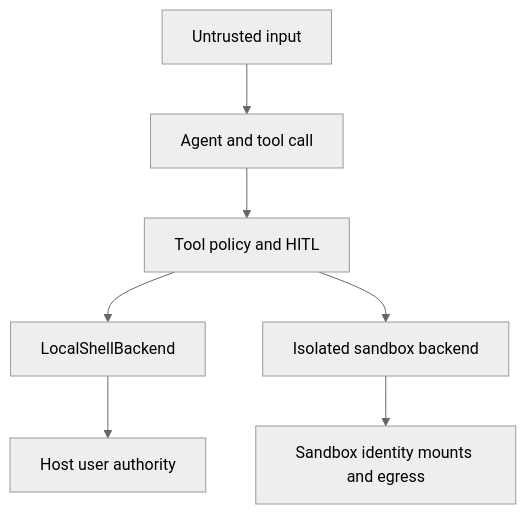
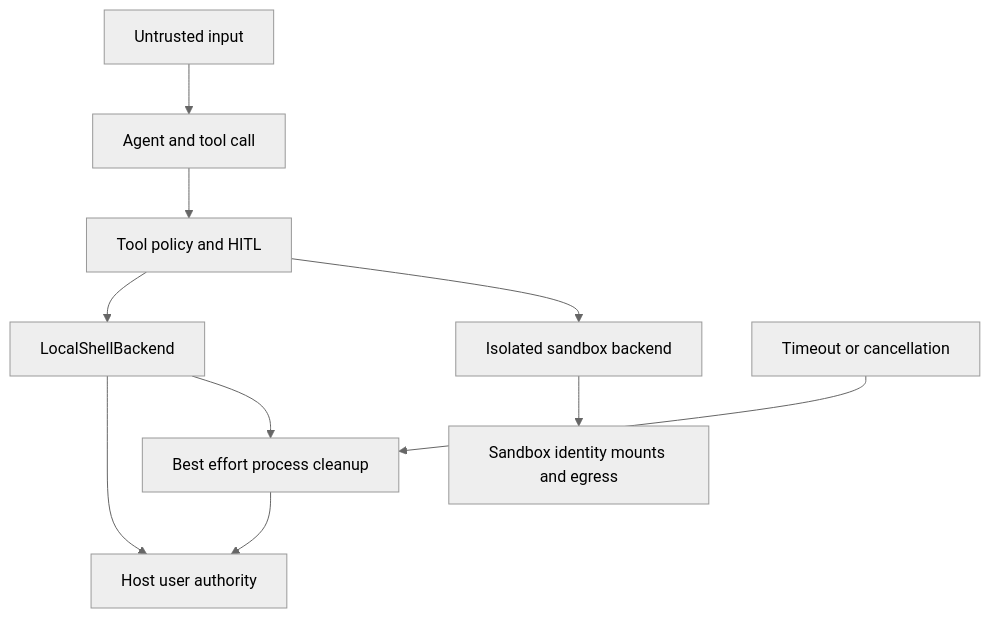
One commit to langchain-ai/deepagents changed the first of 2 diagrams in openwiki/operations/security.md. Above: the diagram before and after it, drawn with Mermaid (neutral theme). The commit also changed other lines of this file and 28 other files, not shown here.

````diff
--- a/openwiki/operations/security.md
+++ b/openwiki/operations/security.md
@@ -67,9 +75,12 @@
 ```mermaid
 flowchart TD
     Input["Untrusted input"] --> Agent["Agent and tool call"]
     Agent --> Policy["Tool policy and HITL"]
     Policy --> Local["LocalShellBackend"]
     Policy --> Sandbox["Isolated sandbox backend"]
     Local --> Host["Host user authority"]
+    Timeout["Timeout or cancellation"] --> Cleanup["Best effort process cleanup"]
+    Local --> Cleanup
+    Cleanup --> Host
     Sandbox --> Limits["Sandbox identity mounts and egress"]
 ```
````
